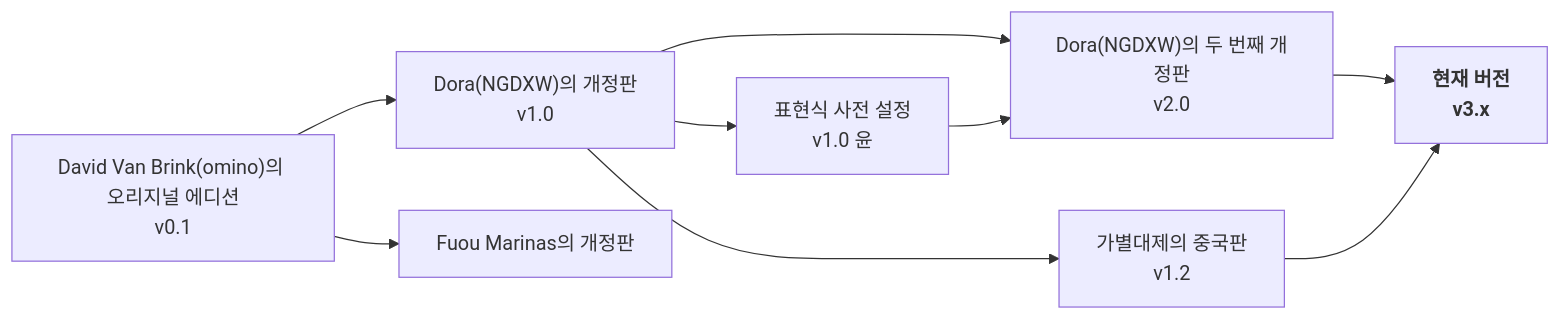
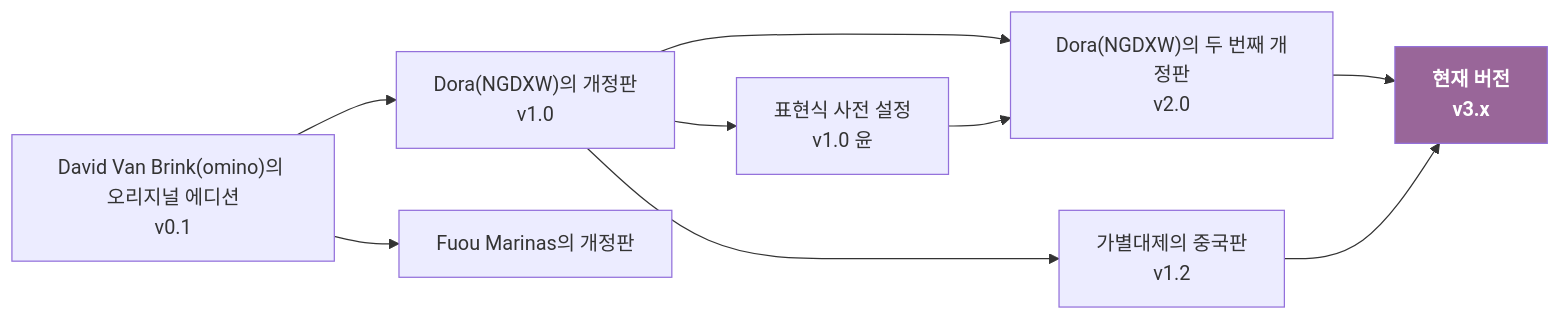
One commit to otomad/om_midi changed the diagram in README_ko-KR.md. Above: the diagram before and after it, drawn with Mermaid. The commit also changed 4 other files, not shown here.

Commit message:
docs: update mermaid style

````diff
--- a/README_ko-KR.md
+++ b/README_ko-KR.md
@@ -80,33 +80,33 @@
 ```mermaid
 flowchart LR
-    %% Definitions
-    DVB-IE["David Van Brink(omino)의 오리지널 에디션<br>v0.1"]
-    Dora-R["Dora(NGDXW)의 개정판<br>v1.0"]
-    EP["표현식 사전 설정<br>v1.0 윤"]
-    Z4HD-CE["가별대제의 중국판<br>v1.2"]
-    Dora-R2["Dora(NGDXW)의 두 번째 개정판<br>v2.0"]
-    CV["현재 버전<br>v3.x"]:::current
-    FM-R["Fuou Marinas의 개정판"]
+	%% Definitions
+	DVB-IE["David Van Brink(omino)의 오리지널 에디션<br>v0.1"]
+	Dora-R["Dora(NGDXW)의 개정판<br>v1.0"]
+	EP["표현식 사전 설정<br>v1.0 윤"]
+	Z4HD-CE["가별대제의 중국판<br>v1.2"]
+	Dora-R2["Dora(NGDXW)의 두 번째 개정판<br>v2.0"]
+	CV["현재 버전<br>v3.x"]:::current
+	FM-R["Fuou Marinas의 개정판"]
 
-    %% Connections
-    DVB-IE --> Dora-R
-    Dora-R --> EP
-    Dora-R --> Z4HD-CE
-    Dora-R --> Dora-R2
-    EP --> Dora-R2
-    Dora-R2 --> CV
-    Z4HD-CE --> CV
-    DVB-IE --> FM-R
+	%% Connections
+	DVB-IE --> Dora-R
+	Dora-R --> EP
+	Dora-R --> Z4HD-CE
+	Dora-R --> Dora-R2
+	EP --> Dora-R2
+	Dora-R2 --> CV
+	Z4HD-CE --> CV
+	DVB-IE --> FM-R
 
-    %% Class definitions
-    classDef current font-weight:bold
+	%% Styles
+	style CV font-weight:bold,fill:#969,color:white
 
 	%% Click events
 	click DVB-IE "https://omino.com/pixelblog/2011/12/26/ae-hello-again-midi/"
 	click Dora-R "https://www.bilibili.com/read/cv170398"
 	click EP "https://www.bilibili.com/video/av29649969"
 	click Z4HD-CE "https://github.com/Z4HD/om_midi_NGDXW_zh"
 	click Dora-R2 "https://www.bilibili.com/read/cv1217487"
 	click CV "https://github.com/otomad/om_midi"
 	click FM-R "https://github.com/FuouM/AE-ReOm-MIDI"
 ```
````
